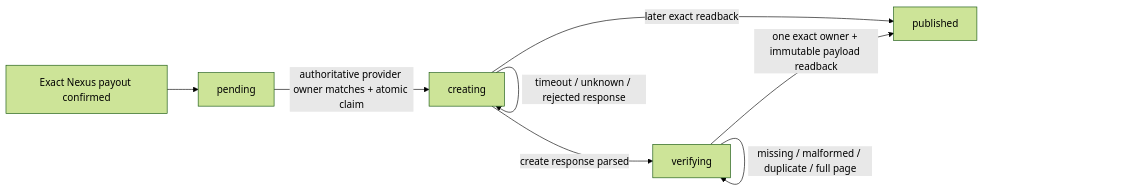
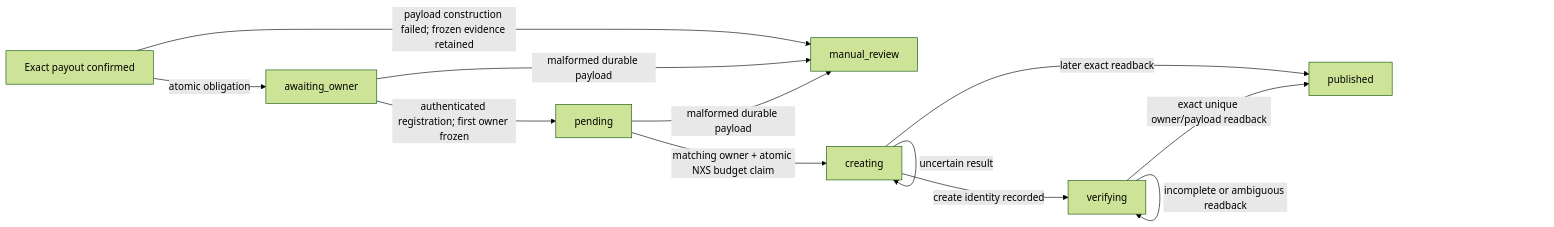
Before and after one commit to distordialabs-brutus/swapService: the third of 3 diagrams in docs/STATE_MACHINES.md, drawn with Mermaid (forest theme). The commit also changed other lines of this file and 26 other files, not shown here.

````diff
--- a/docs/STATE_MACHINES.md
+++ b/docs/STATE_MACHINES.md
@@ -163,10 +144,14 @@
 ```mermaid
 flowchart LR
-    Confirmed[Exact Nexus payout confirmed] --> Pending["pending"]
-    Pending -->|authoritative provider owner matches + atomic claim| Creating["creating"]
-    Creating -->|create response parsed| Verifying["verifying"]
-    Creating -->|timeout / unknown / rejected response| Creating
-    Verifying -->|one exact owner + immutable payload readback| Published["published"]
-    Verifying -->|missing / malformed / duplicate / full page| Verifying
-    Creating -->|later exact readback| Published
+    Payout[Exact payout confirmed] -->|atomic obligation| Owner[awaiting_owner]
+    Payout -->|payload construction failed; frozen evidence retained| Manual[manual_review]
+    Owner -->|authenticated registration; first owner frozen| Pending[pending]
+    Pending -->|matching owner + atomic NXS budget claim| Creating[creating]
+    Creating -->|create identity recorded| Verifying[verifying]
+    Creating -->|uncertain result| Creating
+    Creating -->|later exact readback| Published[published]
+    Verifying -->|exact unique owner/payload readback| Published
+    Verifying -->|incomplete or ambiguous readback| Verifying
+    Owner -->|malformed durable payload| Manual
+    Pending -->|malformed durable payload| Manual
 ```
````
